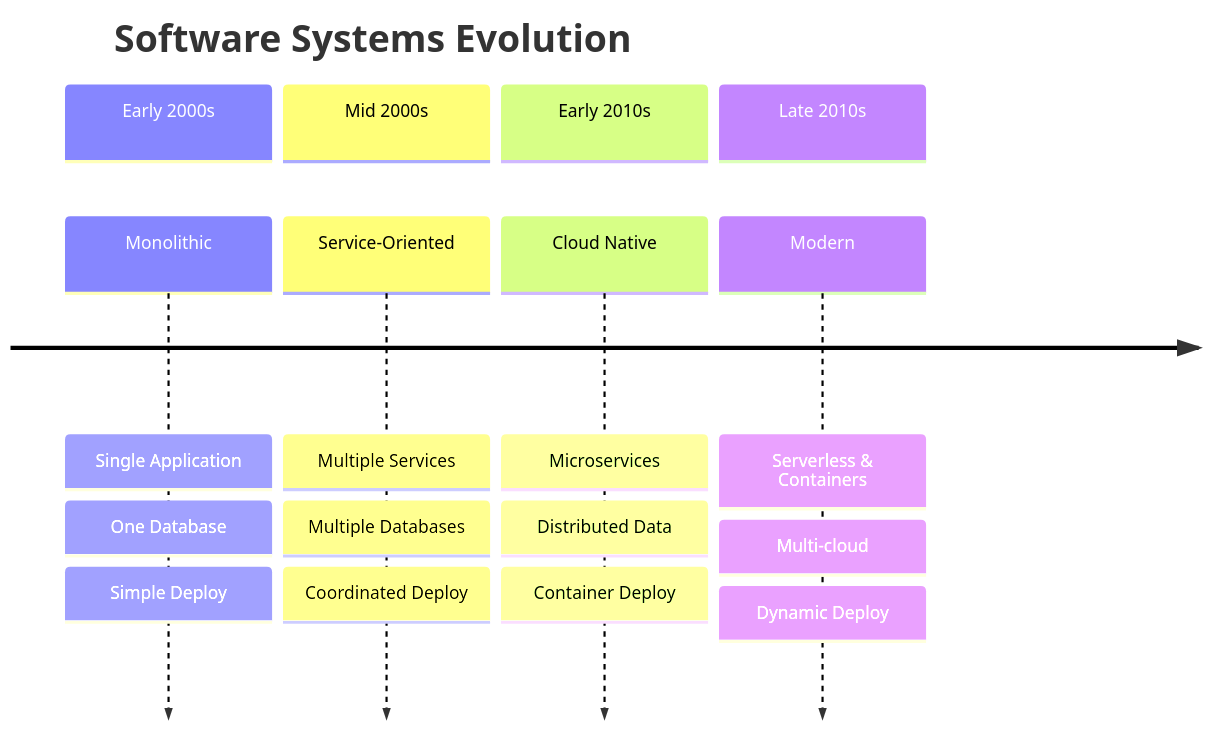
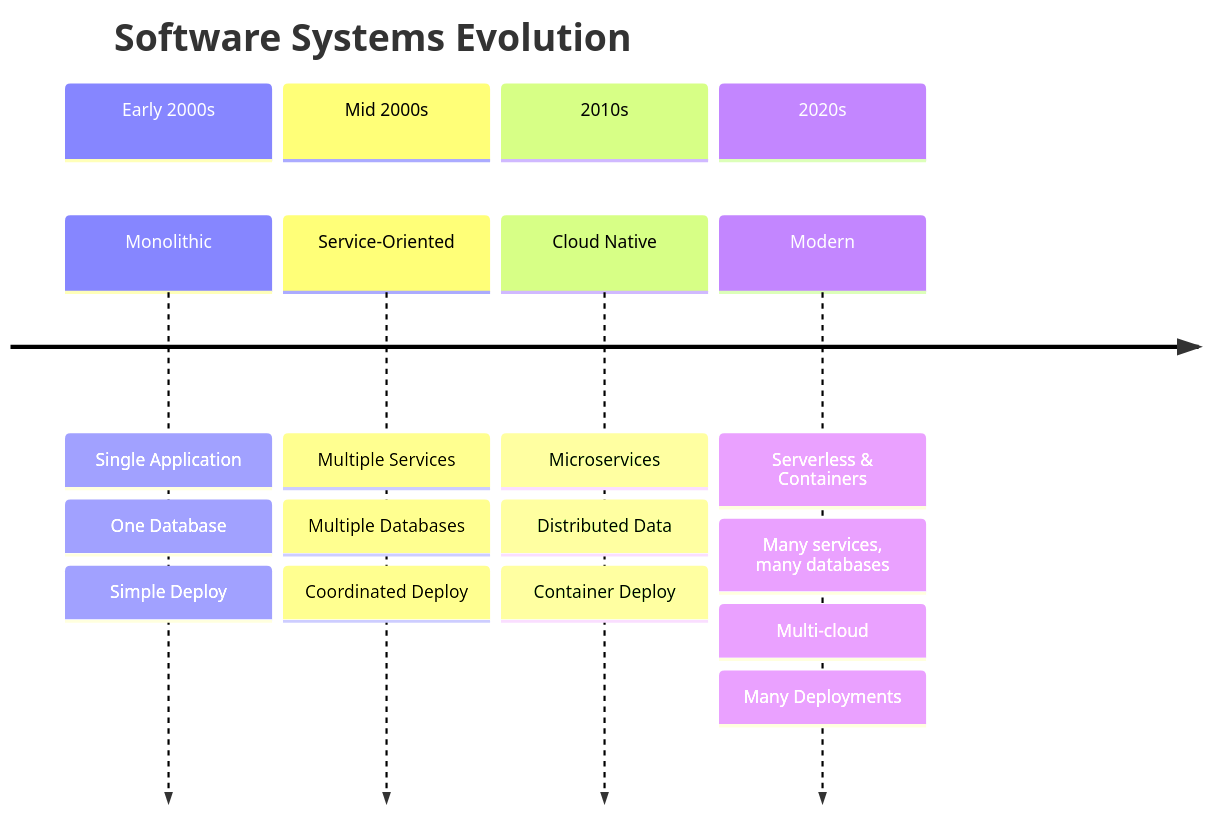
The second of 2 diagrams in pages/section-1.md (voioo/iac-pulumi-seminar), drawn with Mermaid before and after one commit. The commit also changed other lines of this file and 8 other files, not shown here.

````diff
--- a/pages/section-1.md
+++ b/pages/section-1.md
@@ -124,20 +127,21 @@
 ```mermaid
 timeline
     title Software Systems Evolution
     section Early 2000s
         Monolithic : Single Application
         : One Database
         : Simple Deploy
     section Mid 2000s
         Service-Oriented : Multiple Services
         : Multiple Databases
         : Coordinated Deploy
-    section Early 2010s
+    section 2010s
         Cloud Native : Microservices
         : Distributed Data
         : Container Deploy
-    section Late 2010s
+    section 2020s
         Modern : Serverless & Containers
+        : Many services, many databases
         : Multi-cloud
-        : Dynamic Deploy
+        : Many Deployments
 ```
````
